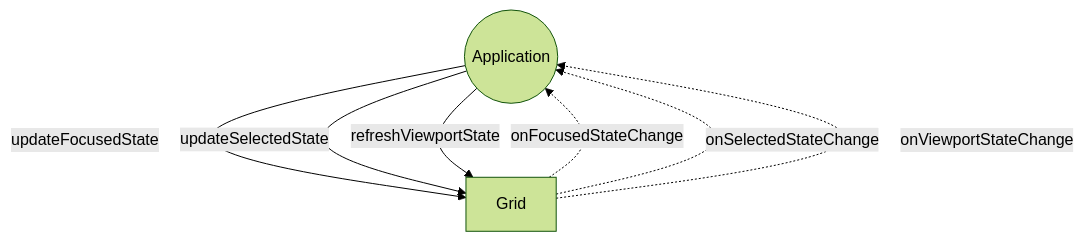
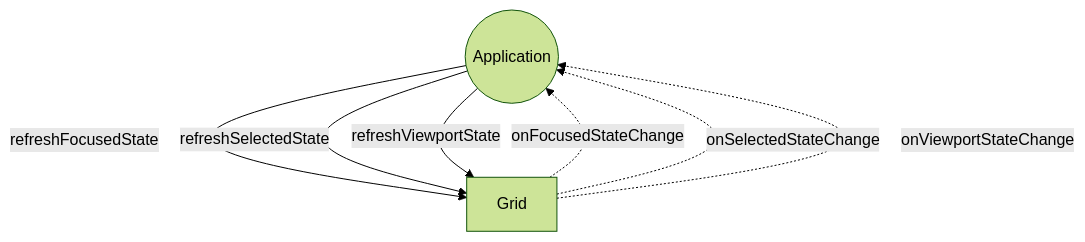
Before and after one commit to kubohiroya/webgpu-react-bitmap-viewport: the second of 4 diagrams in README.md, drawn with Mermaid (forest theme). The commit also changed other lines of this file and 10 other files, not shown here.

````diff
--- a/README.md
+++ b/README.md
@@ -143,9 +144,9 @@
 ```mermaid
 graph TD;
-        Application((Application)) --> |updateFocusedState|Grid
-        Application --> |updateSelectedState|Grid
+        Application((Application)) --> |refreshFocusedState|Grid
+        Application --> |refreshSelectedState|Grid
         Application --> |refreshViewportState|Grid
         Grid -.-> |onFocusedStateChange|Application
         Grid -.-> |onSelectedStateChange|Application
         Grid -.-> |onViewportStateChange|Application
 ```
````
